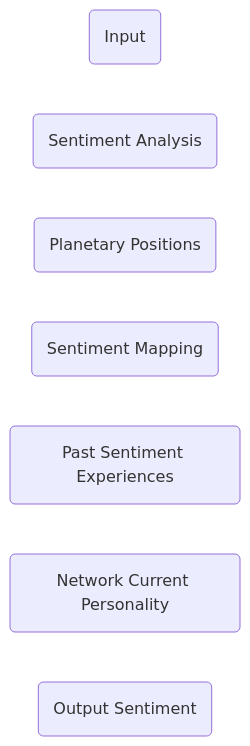
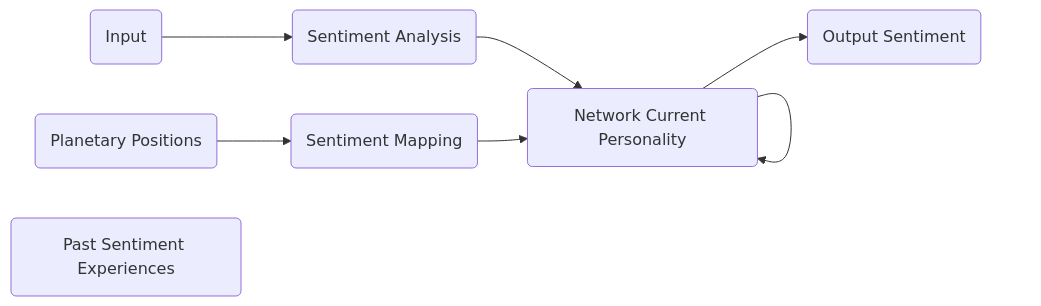
One commit to mohitlabs/Research changed the diagram in Dissertation1.md. Above: the diagram before and after it, drawn with Mermaid.

````diff
--- a/Dissertation1.md
+++ b/Dissertation1.md
@@ -61,11 +61,17 @@
 ```mermaid
 flowchart LR;
   input(Input)
   sa(Sentiment Analysis)
   pp(Planetary Positions)
   sm(Sentiment Mapping)
   pse(Past Sentiment Experiences)
   ncp(Network Current Personality)
   os(Output Sentiment)
   
+  input-->sa
+  pp-->sm
+  sa-->ncp
+  sm-->ncp
+  ncp-->ncp
+  ncp-->os
 ```
````
